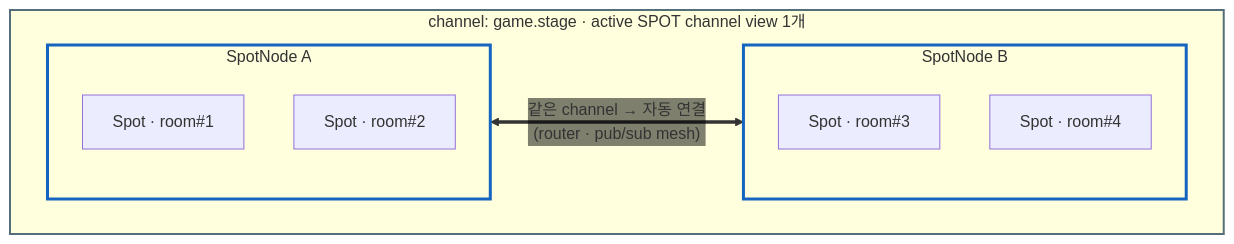
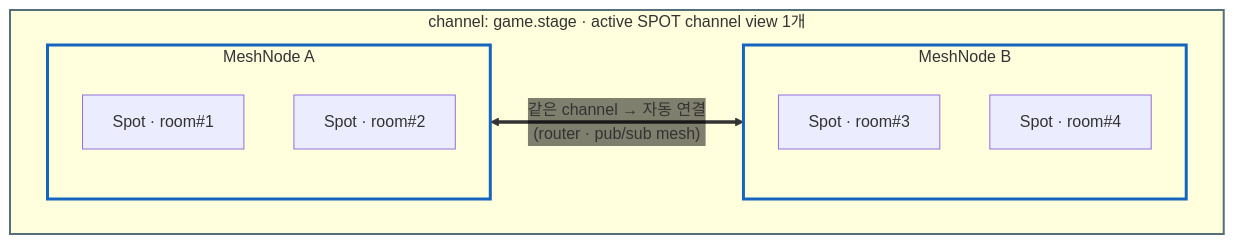
One commit to kairos-code-dev/zlink changed the first of 8 diagrams in framework/doc/framework/dotnet/guide/06-spot.ko.md. Above: the diagram before and after it, drawn with Mermaid. The commit also changed other lines of this file and 8 other files, not shown here.

First line of the commit message:
docs(dotnet): finish MeshNode guide terminology

````diff
--- a/framework/doc/framework/dotnet/guide/06-spot.ko.md
+++ b/framework/doc/framework/dotnet/guide/06-spot.ko.md
@@ -50,21 +50,21 @@
 ```mermaid
 %%{init: {'themeVariables': {'edgeLabelBackground':'transparent'}}}%%
 flowchart LR
   subgraph ch1["channel: game.stage · active SPOT channel view 1개"]
     direction LR
-    subgraph nA["SpotNode A"]
+    subgraph nA["MeshNode A"]
       direction TB
       sA1["Spot · room#1"]
       sA2["Spot · room#2"]
     end
-    subgraph nB["SpotNode B"]
+    subgraph nB["MeshNode B"]
       direction TB
       sB1["Spot · room#3"]
       sB2["Spot · room#4"]
     end
     nA <==>|"같은 channel → 자동 연결<br/>(router · pub/sub mesh)"| nB
   end
   style ch1 stroke:#546e7a,stroke-width:2px
   style nA stroke:#1565c0,stroke-width:3px
   style nB stroke:#1565c0,stroke-width:3px
 ```
````
